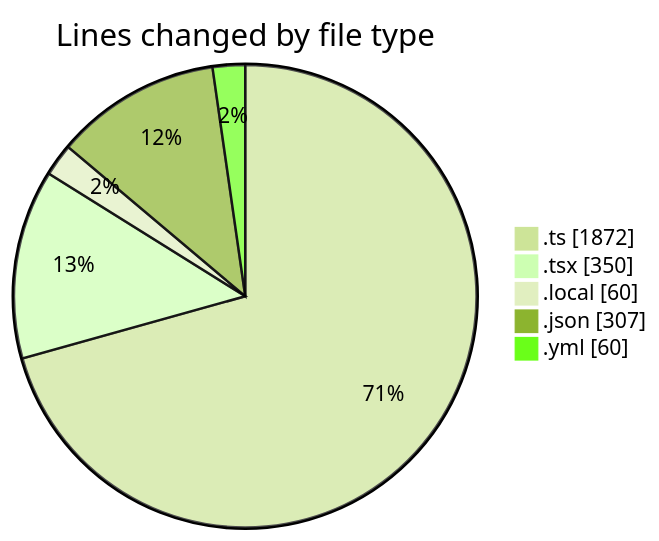
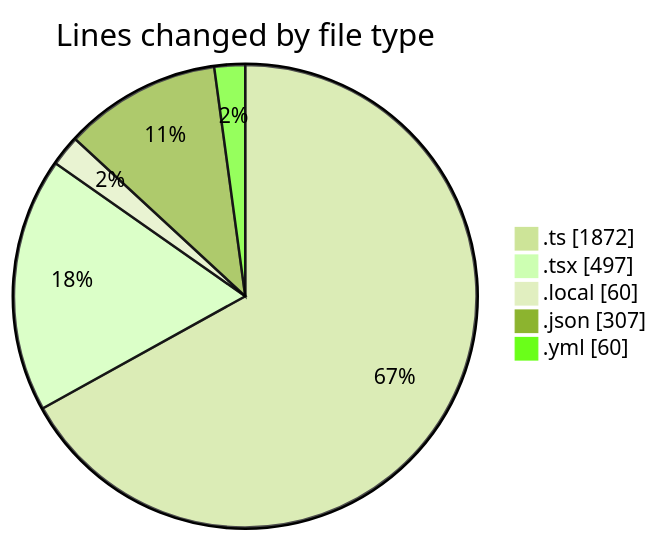
The first of 2 diagrams in 2025-11-26/eventscop-frontend-guide__workspace_/README.md (julien-gomy/code-tracking), drawn with Mermaid (forest theme) before and after one commit. The commit also changed other lines of this file and 1 other file, not shown here.

````diff
--- a/2025-11-26/eventscop-frontend-guide__workspace_/README.md
+++ b/2025-11-26/eventscop-frontend-guide__workspace_/README.md
@@ -30,9 +31,9 @@
 ```mermaid
 pie showData
 title Lines changed by file type
 ".ts" : 1872
-".tsx" : 350
+".tsx" : 497
 ".local" : 60
 ".json" : 307
 ".yml" : 60
 ```
````
